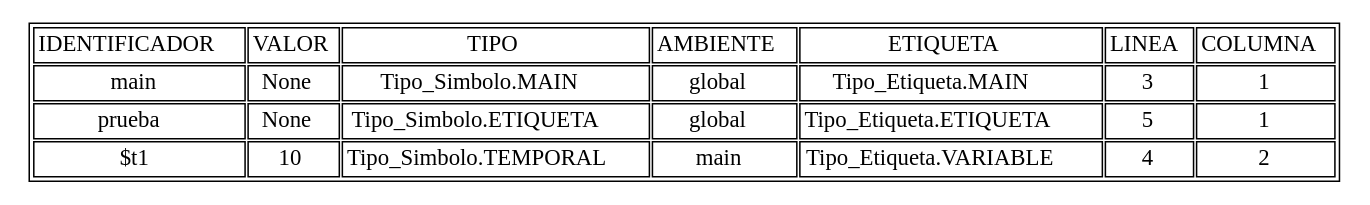
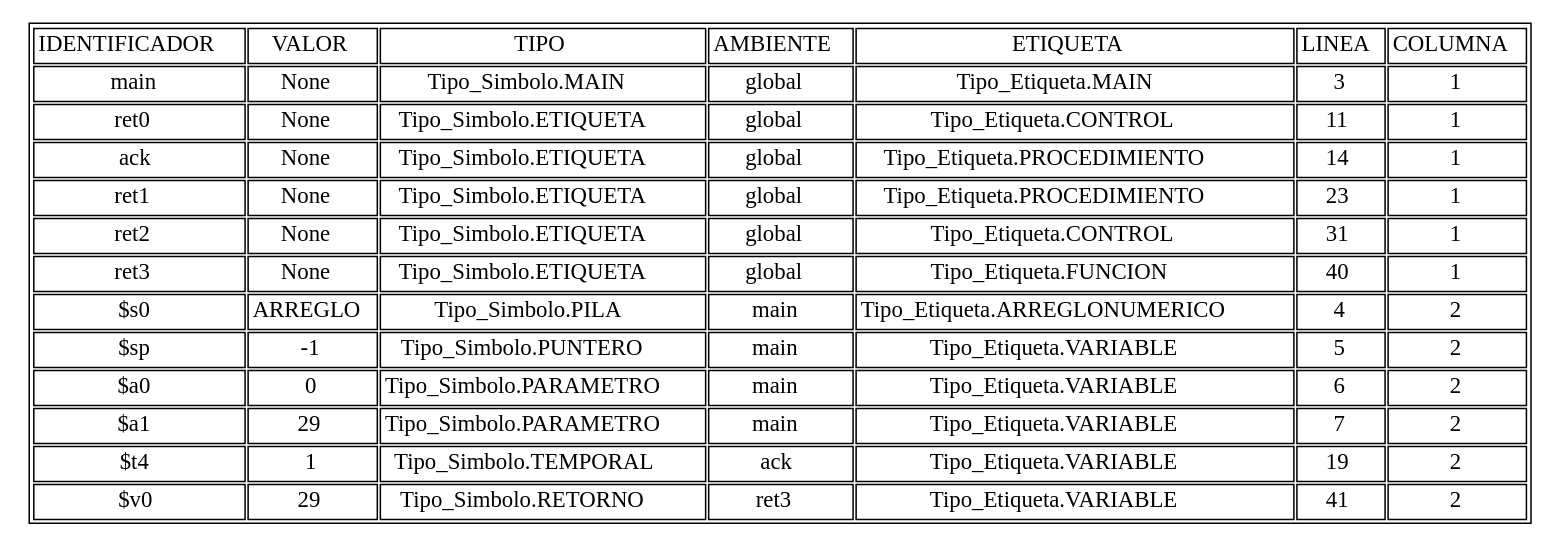
One commit to AndreeAvalos/OLC2-AUGUS changed the diagram in tablasimbolos.dot. Above: the diagram before and after it, drawn with Graphviz. The commit also changed 5 other files, not shown here.

```diff
--- a/tablasimbolos.dot
+++ b/tablasimbolos.dot
@@ -1,11 +1,20 @@
 digraph tabla{
 graph [ratio=fill];node [label="\N", fontsize=15, shape=plaintext];
 graph [bb="0,0,352,154"];
 arset [label=<<TABLE ALIGN="LEFT">
 <TR><TD>IDENTIFICADOR</TD><TD>VALOR</TD><TD>TIPO</TD><TD>AMBIENTE</TD><TD>ETIQUETA</TD><TD>LINEA</TD><TD>COLUMNA</TD></TR>
 <TR><TD>main</TD><TD>None</TD><TD>Tipo_Simbolo.MAIN</TD><TD>global</TD><TD>Tipo_Etiqueta.MAIN</TD><TD>3</TD><TD>1</TD></TR>
-<TR><TD>prueba</TD><TD>None</TD><TD>Tipo_Simbolo.ETIQUETA</TD><TD>global</TD><TD>Tipo_Etiqueta.ETIQUETA</TD><TD>5</TD><TD>1</TD></TR>
-<TR><TD>$t1</TD><TD>10</TD><TD>Tipo_Simbolo.TEMPORAL</TD><TD>main</TD><TD>Tipo_Etiqueta.VARIABLE</TD><TD>4</TD><TD>2</TD></TR>
+<TR><TD>ret0</TD><TD>None</TD><TD>Tipo_Simbolo.ETIQUETA</TD><TD>global</TD><TD>Tipo_Etiqueta.CONTROL</TD><TD>11</TD><TD>1</TD></TR>
+<TR><TD>ack</TD><TD>None</TD><TD>Tipo_Simbolo.ETIQUETA</TD><TD>global</TD><TD>Tipo_Etiqueta.PROCEDIMIENTO</TD><TD>14</TD><TD>1</TD></TR>
+<TR><TD>ret1</TD><TD>None</TD><TD>Tipo_Simbolo.ETIQUETA</TD><TD>global</TD><TD>Tipo_Etiqueta.PROCEDIMIENTO</TD><TD>23</TD><TD>1</TD></TR>
+<TR><TD>ret2</TD><TD>None</TD><TD>Tipo_Simbolo.ETIQUETA</TD><TD>global</TD><TD>Tipo_Etiqueta.CONTROL</TD><TD>31</TD><TD>1</TD></TR>
+<TR><TD>ret3</TD><TD>None</TD><TD>Tipo_Simbolo.ETIQUETA</TD><TD>global</TD><TD>Tipo_Etiqueta.FUNCION</TD><TD>40</TD><TD>1</TD></TR>
+<TR><TD>$s0</TD><TD>ARREGLO</TD><TD>Tipo_Simbolo.PILA</TD><TD>main</TD><TD>Tipo_Etiqueta.ARREGLONUMERICO</TD><TD>4</TD><TD>2</TD></TR>
+<TR><TD>$sp</TD><TD>-1</TD><TD>Tipo_Simbolo.PUNTERO</TD><TD>main</TD><TD>Tipo_Etiqueta.VARIABLE</TD><TD>5</TD><TD>2</TD></TR>
+<TR><TD>$a0</TD><TD>0</TD><TD>Tipo_Simbolo.PARAMETRO</TD><TD>main</TD><TD>Tipo_Etiqueta.VARIABLE</TD><TD>6</TD><TD>2</TD></TR>
+<TR><TD>$a1</TD><TD>29</TD><TD>Tipo_Simbolo.PARAMETRO</TD><TD>main</TD><TD>Tipo_Etiqueta.VARIABLE</TD><TD>7</TD><TD>2</TD></TR>
+<TR><TD>$t4</TD><TD>1</TD><TD>Tipo_Simbolo.TEMPORAL</TD><TD>ack</TD><TD>Tipo_Etiqueta.VARIABLE</TD><TD>19</TD><TD>2</TD></TR>
+<TR><TD>$v0</TD><TD>29</TD><TD>Tipo_Simbolo.RETORNO</TD><TD>ret3</TD><TD>Tipo_Etiqueta.VARIABLE</TD><TD>41</TD><TD>2</TD></TR>
 </TABLE>
 >, ];
 }
```
